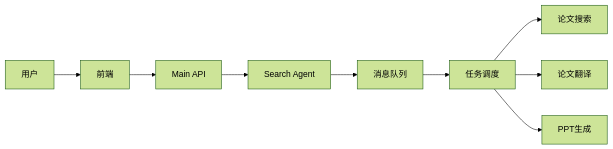
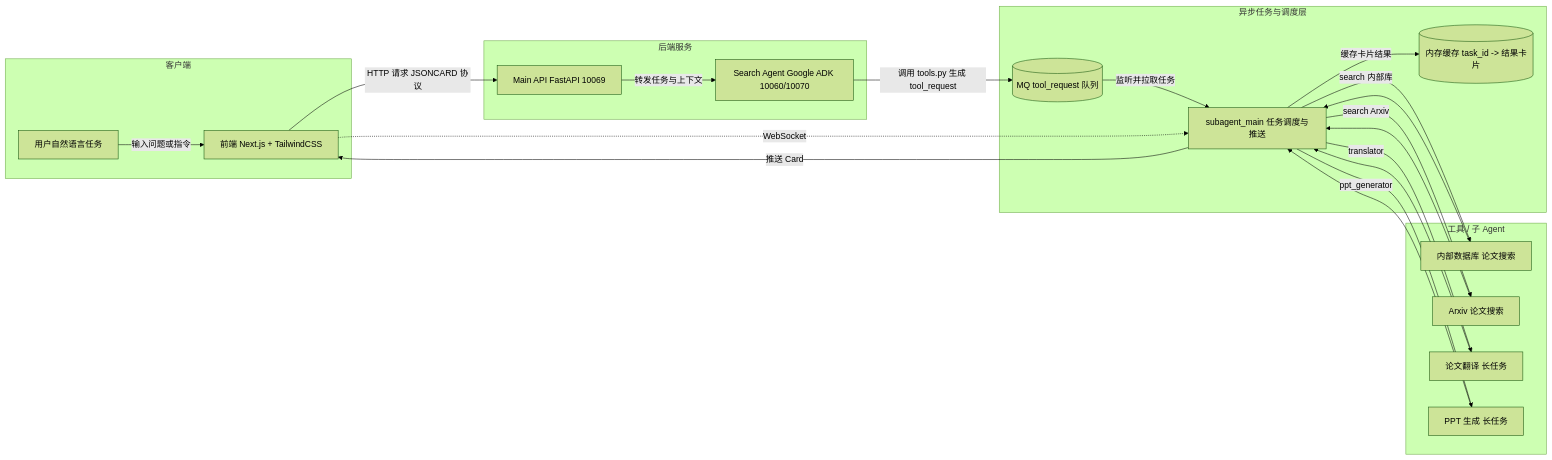
Before and after one commit to johnson7788/NavigateAgent: the diagram in README.md, drawn with Mermaid (forest theme). The commit also changed other lines of this file and 1 other file, not shown here.

````diff
--- a/README.md
+++ b/README.md
@@ -24,11 +79,51 @@
 ```mermaid
 flowchart LR
-    U[用户] --> FE[前端]
-    FE --> MA[Main API]
-    MA --> SA[Search Agent]
-    SA --> MQ[消息队列]
-    MQ --> SM[任务调度]
-    SM --> T1[论文搜索]
-    SM --> T2[论文翻译]
-    SM --> T3[PPT生成]
+    %% ========== 客户端 ==========
+    subgraph Client["客户端"]
+        U[用户自然语言任务]
+        FE[前端 Next.js + TailwindCSS]
+    end
+
+    %% ========== 后端入口 ==========
+    subgraph Backend["后端服务"]
+        MA[Main API FastAPI 10069]
+        NA[Search Agent Google ADK 10060/10070]
+    end
+
+    %% ========== 异步任务层 ==========
+    subgraph MQLayer["异步任务与调度层"]
+        MQ[(MQ tool_request 队列)]
+        SM[subagent_main 任务调度与推送]
+        CACHE[(内存缓存 task_id -> 结果卡片)]
+    end
+
+    %% ========== 工具/Agent 层 ==========
+    subgraph Tools["工具 / 子 Agent"]
+        T1[内部数据库 论文搜索]
+        T2[Arxiv 论文搜索]
+        T3[论文翻译 长任务]
+        T4[PPT 生成 长任务]
+    end
+
+    %% ========== 前端交互 ==========
+    U -->|输入问题或指令| FE
+    FE -->|HTTP 请求 JSONCARD 协议| MA
+    MA -->|转发任务与上下文| NA
+
+    NA -->|调用 tools.py 生成 tool_request| MQ
+    MQ -->|监听并拉取任务| SM
+
+    SM -->|search 内部库| T1
+    SM -->|search Arxiv| T2
+    SM -->|translator| T3
+    SM -->|ppt_generator| T4
+
+    T1 --> SM
+    T2 --> SM
+    T3 --> SM
+    T4 --> SM
+
+    SM -->|缓存卡片结果| CACHE
+    FE -. WebSocket .-> SM
+    SM -->|推送 Card| FE
 ```
````
